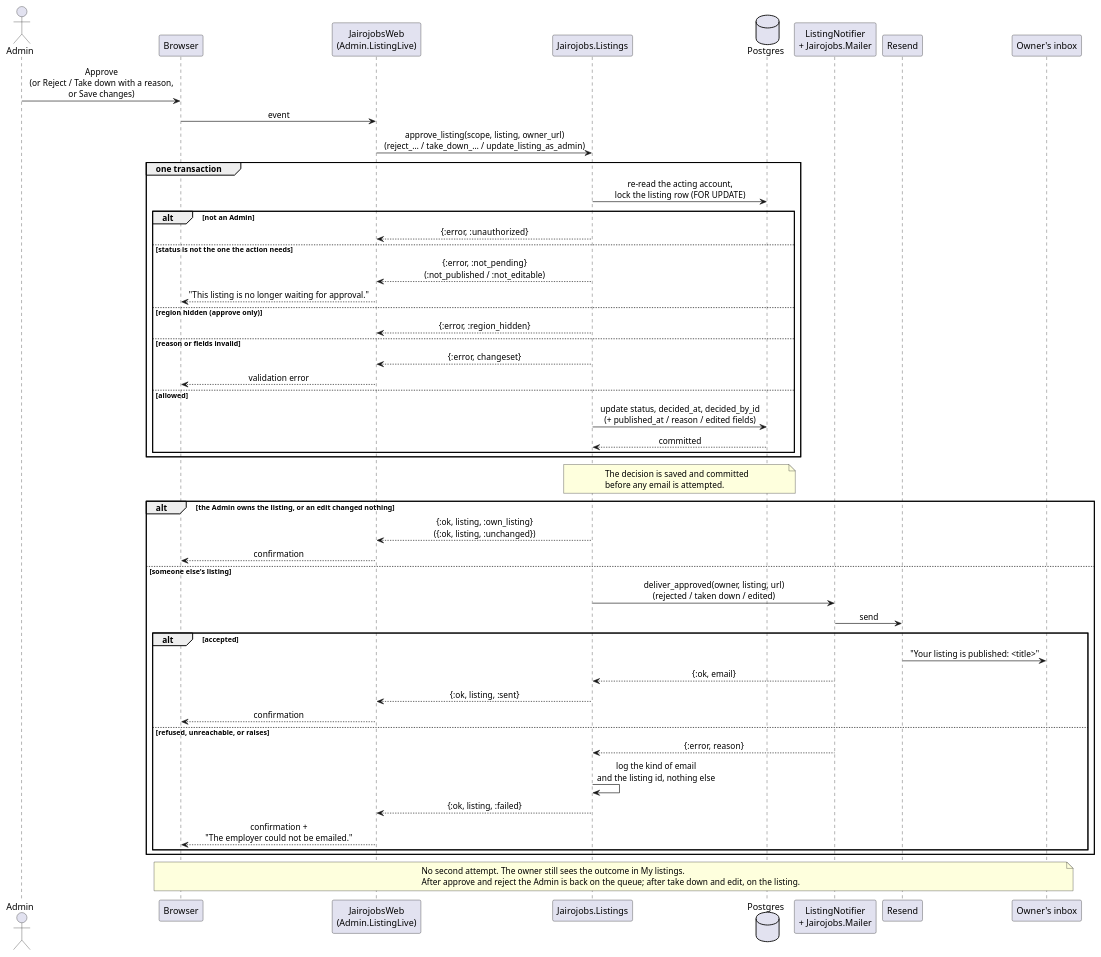
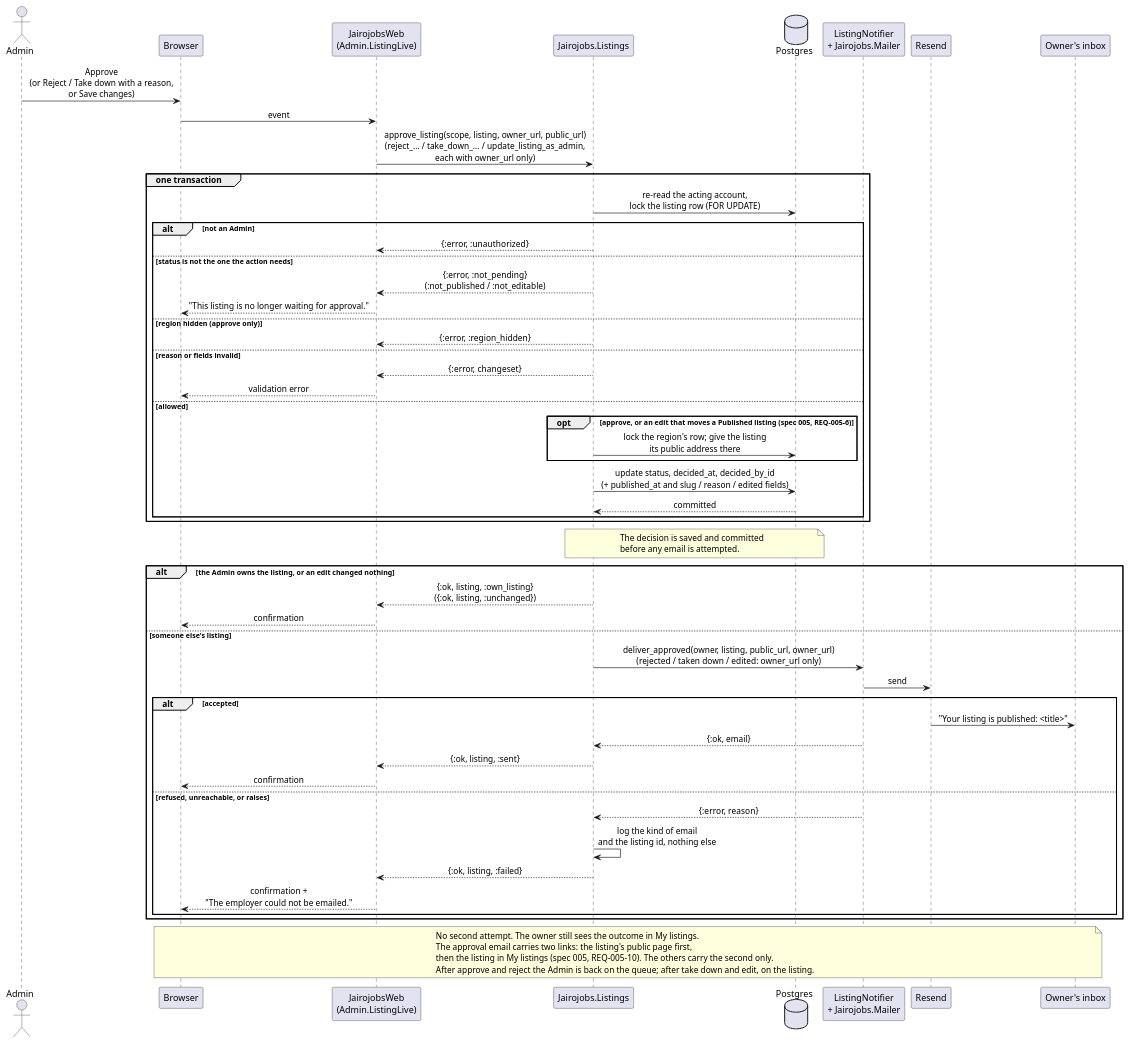
One commit to raseniero/jairojobs-elixir changed the diagram in docs/specs/004-listings-admin-moderation/diagrams/sequence-decision-email.puml. Above: the diagram before and after it, drawn with PlantUML. The commit also changed 20 other files, not shown here.

Commit message:
feat(listings): the approval email carries the public link (REQ-005-10, REQ-004-9)

```diff
--- a/docs/specs/004-listings-admin-moderation/diagrams/sequence-decision-email.puml
+++ b/docs/specs/004-listings-admin-moderation/diagrams/sequence-decision-email.puml
@@ -1,65 +1,72 @@
 @startuml sequence-decision-email
 ' Spec 004 — an Admin decision and the email to the listing's owner (REQ-004-5..9).
+' Amended by spec 005 (REQ-005-6, REQ-005-10): approval gives the listing its public address,
+' and the approval email links to it.
 ' Parties: Admin's browser, JairojobsWeb (Admin listing LiveView), Jairojobs.Listings, Postgres,
 ' Mailer (Resend in production), the owner's inbox.
 
 skinparam sequenceMessageAlign center
 skinparam responseMessageBelowArrow true
 
 actor Admin
 participant "Browser" as B
 participant "JairojobsWeb\n(Admin.ListingLive)" as W
 participant "Jairojobs.Listings" as L
 database "Postgres" as DB
 participant "ListingNotifier\n+ Jairojobs.Mailer" as M
 participant "Resend" as R
 participant "Owner's inbox" as IN
 
 Admin -> B : Approve\n(or Reject / Take down with a reason,\nor Save changes)
 B -> W : event
-W -> L : approve_listing(scope, listing, owner_url)\n(reject_… / take_down_… / update_listing_as_admin)
+W -> L : approve_listing(scope, listing, owner_url, public_url)\n(reject_… / take_down_… / update_listing_as_admin,\neach with owner_url only)
 
 group one transaction
   L -> DB : re-read the acting account,\nlock the listing row (FOR UPDATE)
   alt not an Admin
     L --> W : {:error, :unauthorized}
   else status is not the one the action needs
     L --> W : {:error, :not_pending}\n(:not_published / :not_editable)
     W --> B : "This listing is no longer waiting for approval."
   else region hidden (approve only)
     L --> W : {:error, :region_hidden}
   else reason or fields invalid
     L --> W : {:error, changeset}
     W --> B : validation error
   else allowed
-    L -> DB : update status, decided_at, decided_by_id\n(+ published_at / reason / edited fields)
+    opt approve, or an edit that moves a Published listing (spec 005, REQ-005-6)
+      L -> DB : lock the region's row; give the listing\nits public address there
+    end
+    L -> DB : update status, decided_at, decided_by_id\n(+ published_at and slug / reason / edited fields)
     DB --> L : committed
   end
 end
 
 note over L, DB : The decision is saved and committed\nbefore any email is attempted.
 
 alt the Admin owns the listing, or an edit changed nothing
   L --> W : {:ok, listing, :own_listing}\n({:ok, listing, :unchanged})
   W --> B : confirmation
 else someone else's listing
-  L -> M : deliver_approved(owner, listing, url)\n(rejected / taken down / edited)
+  L -> M : deliver_approved(owner, listing, public_url, owner_url)\n(rejected / taken down / edited: owner_url only)
   M -> R : send
   alt accepted
     R -> IN : "Your listing is published: <title>"
     M --> L : {:ok, email}
     L --> W : {:ok, listing, :sent}
     W --> B : confirmation
   else refused, unreachable, or raises
     M --> L : {:error, reason}
     L -> L : log the kind of email\nand the listing id, nothing else
     L --> W : {:ok, listing, :failed}
     W --> B : confirmation +\n"The employer could not be emailed."
   end
 end
 
 note over B, IN
   No second attempt. The owner still sees the outcome in My listings.
+  The approval email carries two links: the listing's public page first,
+  then the listing in My listings (spec 005, REQ-005-10). The others carry the second only.
   After approve and reject the Admin is back on the queue; after take down and edit, on the listing.
 end note
 @enduml
```
